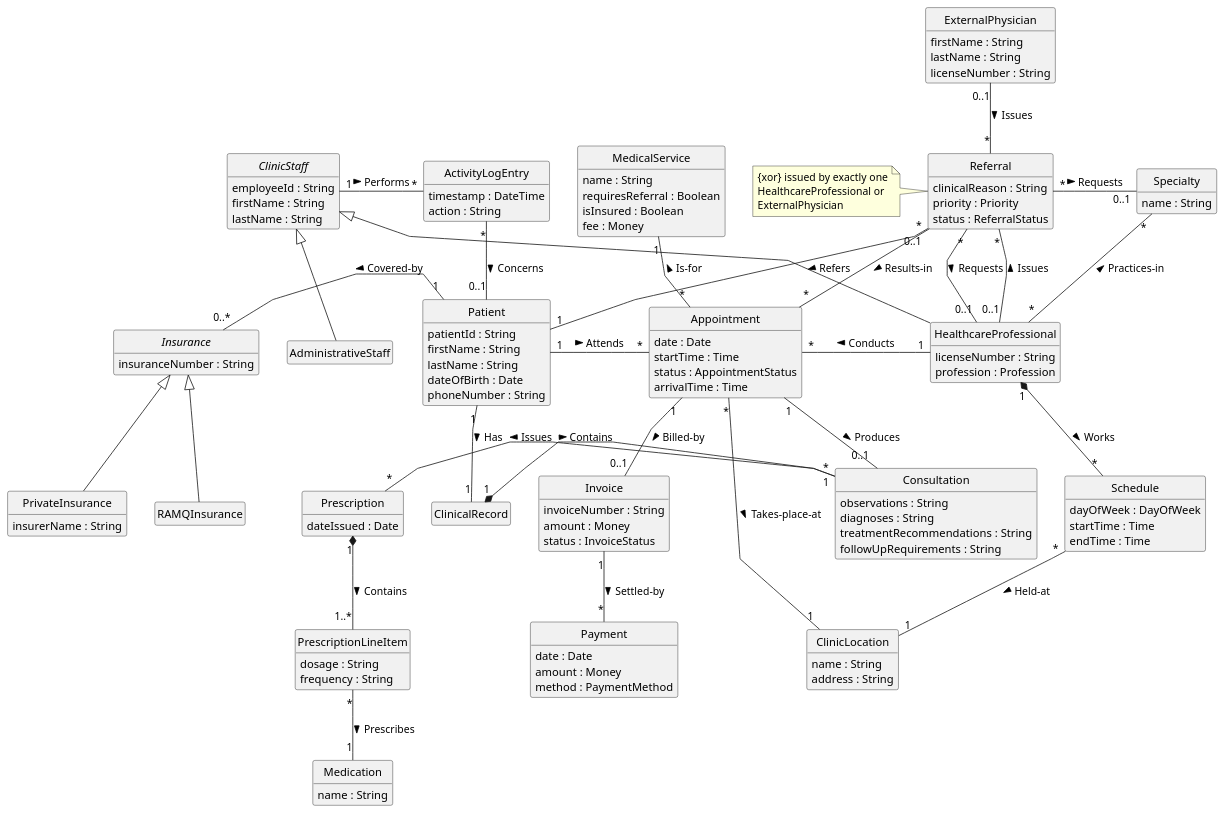
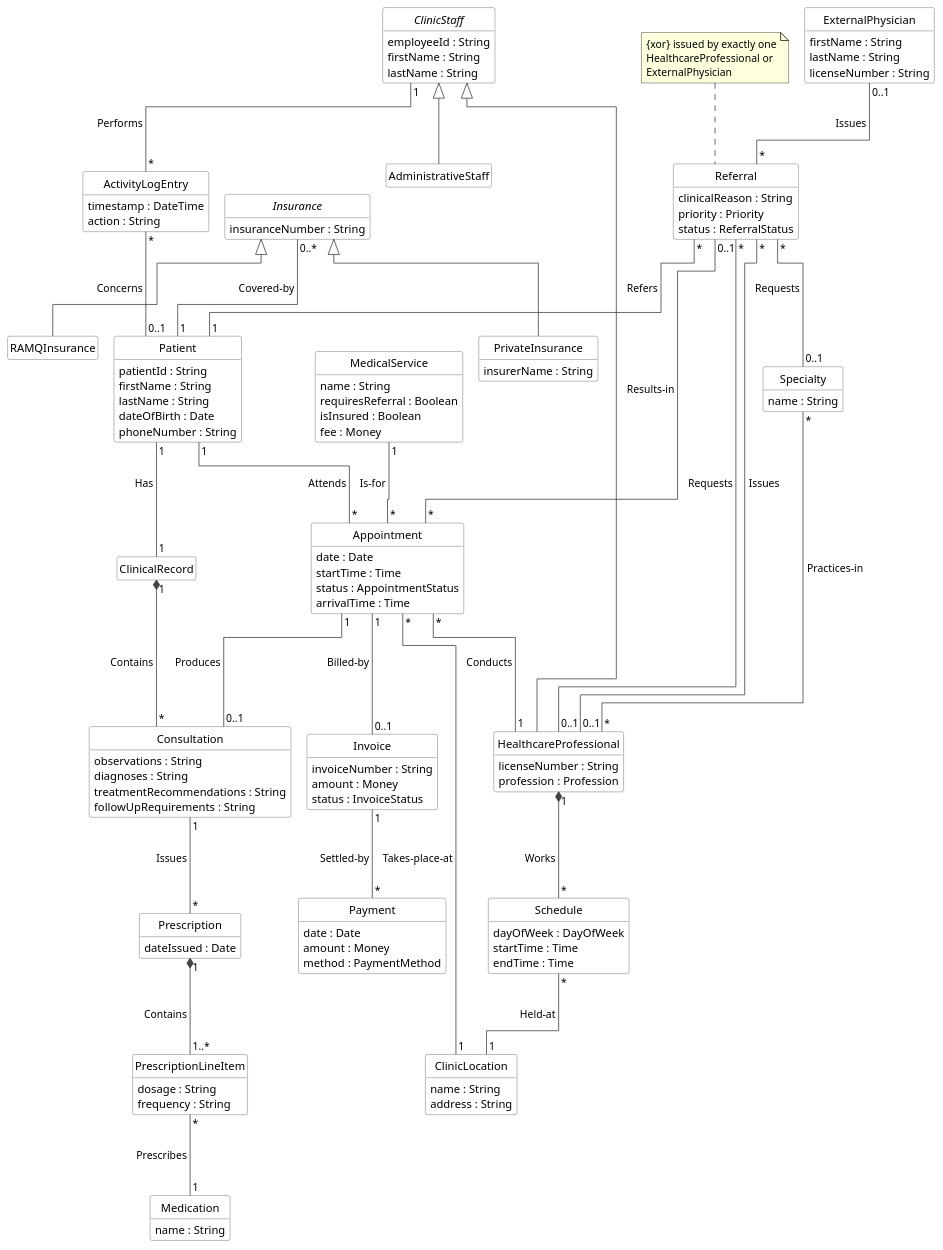
One commit to rakib-akter/SOEN-342-Project changed the diagram in docs/domain-model/domain-model.puml. Above: the diagram before and after it, drawn with PlantUML. The commit also changed 1 other file, not shown here.

Commit message:
restyle iteration1 domain model with ELK layout -> solution for it to look much better and readble :)

```diff
--- a/docs/domain-model/domain-model.puml
+++ b/docs/domain-model/domain-model.puml
@@ -1,145 +1,154 @@
 @startuml
+!pragma layout elk
 hide circle
 hide empty members
-skinparam linetype polyline
-
+skinparam nodesep 60
+skinparam ranksep 70
+skinparam shadowing false
+skinparam defaultFontName Helvetica
+skinparam classAttributeIconSize 0
+skinparam class {
+  BackgroundColor White
+  BorderColor #555555
+  ArrowColor #444444
+}
 
 class Patient {
   patientId : String
   firstName : String
   lastName : String
   dateOfBirth : Date
   phoneNumber : String
 }
 abstract class Insurance {
   insuranceNumber : String
 }
 class RAMQInsurance
 class PrivateInsurance {
   insurerName : String
 }
 class ClinicalRecord
 
 abstract class ClinicStaff {
   employeeId : String
   firstName : String
   lastName : String
 }
 class HealthcareProfessional {
   licenseNumber : String
   profession : Profession
 }
 class AdministrativeStaff
 class ExternalPhysician {
   firstName : String
   lastName : String
   licenseNumber : String
 }
 class Specialty {
   name : String
 }
 class Schedule {
   dayOfWeek : DayOfWeek
   startTime : Time
   endTime : Time
 }
 class ClinicLocation {
   name : String
   address : String
 }
 
 class MedicalService {
   name : String
   requiresReferral : Boolean
   isInsured : Boolean
   fee : Money
 }
 class Appointment {
   date : Date
   startTime : Time
   status : AppointmentStatus
   arrivalTime : Time
 }
 class Referral {
   clinicalReason : String
   priority : Priority
   status : ReferralStatus
 }
 
 class Consultation {
   observations : String
   diagnoses : String
   treatmentRecommendations : String
   followUpRequirements : String
 }
 class Prescription {
   dateIssued : Date
 }
 class PrescriptionLineItem {
   dosage : String
   frequency : String
 }
 class Medication {
   name : String
 }
 
 class Invoice {
   invoiceNumber : String
   amount : Money
   status : InvoiceStatus
 }
 class Payment {
   date : Date
   amount : Money
   method : PaymentMethod
 }
 class ActivityLogEntry {
   timestamp : DateTime
   action : String
 }
 
 ' --- Patient side (left) ---
 Patient "1" -left- "0..*" Insurance : Covered-by >
 Insurance <|-- RAMQInsurance
 Insurance <|-- PrivateInsurance
 Patient "1" -down- "1" ClinicalRecord : Has >
 
 ' --- Appointment (centre) ---
 Patient "1" -right- "*" Appointment : Attends >
 HealthcareProfessional "1" -left- "*" Appointment : Conducts >
 Appointment "*" -up- "1" MedicalService : Is-for >
 Appointment "*" -- "1" ClinicLocation : Takes-place-at >
 
 ' --- Referral (top) ---
 Referral "0..1" -down- "*" Appointment : Results-in >
 Referral "*" -- "1" Patient : Refers >
 Referral "*" -right- "0..1" Specialty : Requests >
 Referral "*" -right- "0..1" HealthcareProfessional : Requests >
 HealthcareProfessional "0..1" -up- "*" Referral : Issues >
 ExternalPhysician "0..1" -down- "*" Referral : Issues >
 note left of Referral
   {xor} issued by exactly one
   HealthcareProfessional or
   ExternalPhysician
 end note
 
 ' --- Professional side (right) ---
 HealthcareProfessional "*" -up- "*" Specialty : Practices-in >
 HealthcareProfessional "1" *-down- "*" Schedule : Works >
 Schedule "*" -down- "1" ClinicLocation : Held-at >
 HealthcareProfessional -up-|> ClinicStaff
 AdministrativeStaff -up-|> ClinicStaff
 ClinicStaff "1" -right- "*" ActivityLogEntry : Performs >
 ActivityLogEntry "*" -- "0..1" Patient : Concerns >
 
 ' --- Clinical (bottom) ---
 Appointment "1" -down- "0..1" Consultation : Produces >
 ClinicalRecord "1" *-right- "*" Consultation : Contains >
 Consultation "1" -right- "*" Prescription : Issues >
 Prescription "1" *-down- "1..*" PrescriptionLineItem : Contains >
 PrescriptionLineItem "*" -down- "1" Medication : Prescribes >
 
 ' --- Billing (bottom) ---
 Appointment "1" -down- "0..1" Invoice : Billed-by >
 Invoice "1" -down- "*" Payment : Settled-by >
 @enduml
```
